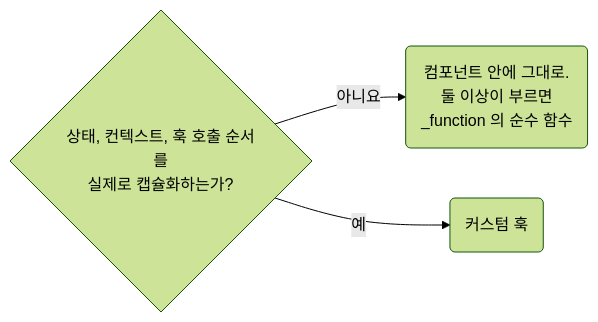
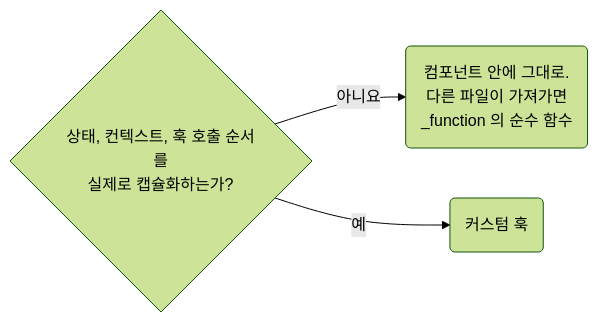
The diagram in skill/react/rules/01-06-ownership-prefer-plain-ts-for-local-react-helpers.md (nomeehej/agent-conventions), drawn with Mermaid (forest theme) before and after one commit. The commit also changed other lines of this file and 34 other files, not shown here.

````diff
--- a/skill/react/rules/01-06-ownership-prefer-plain-ts-for-local-react-helpers.md
+++ b/skill/react/rules/01-06-ownership-prefer-plain-ts-for-local-react-helpers.md
@@ -23,5 +23,5 @@
 ```mermaid
 flowchart LR
-	q1{"상태, 컨텍스트, 훅 호출 순서를<br>실제로 캡슐화하는가?"} -- 아니요 --> r1("컴포넌트 안에 그대로.<br>둘 이상이 부르면<br>_function 의 순수 함수")
+	q1{"상태, 컨텍스트, 훅 호출 순서를<br>실제로 캡슐화하는가?"} -- 아니요 --> r1("컴포넌트 안에 그대로.<br>다른 파일이 가져가면<br>_function 의 순수 함수")
 	q1 -- 예 --> r2("커스텀 훅")
 ```
````
